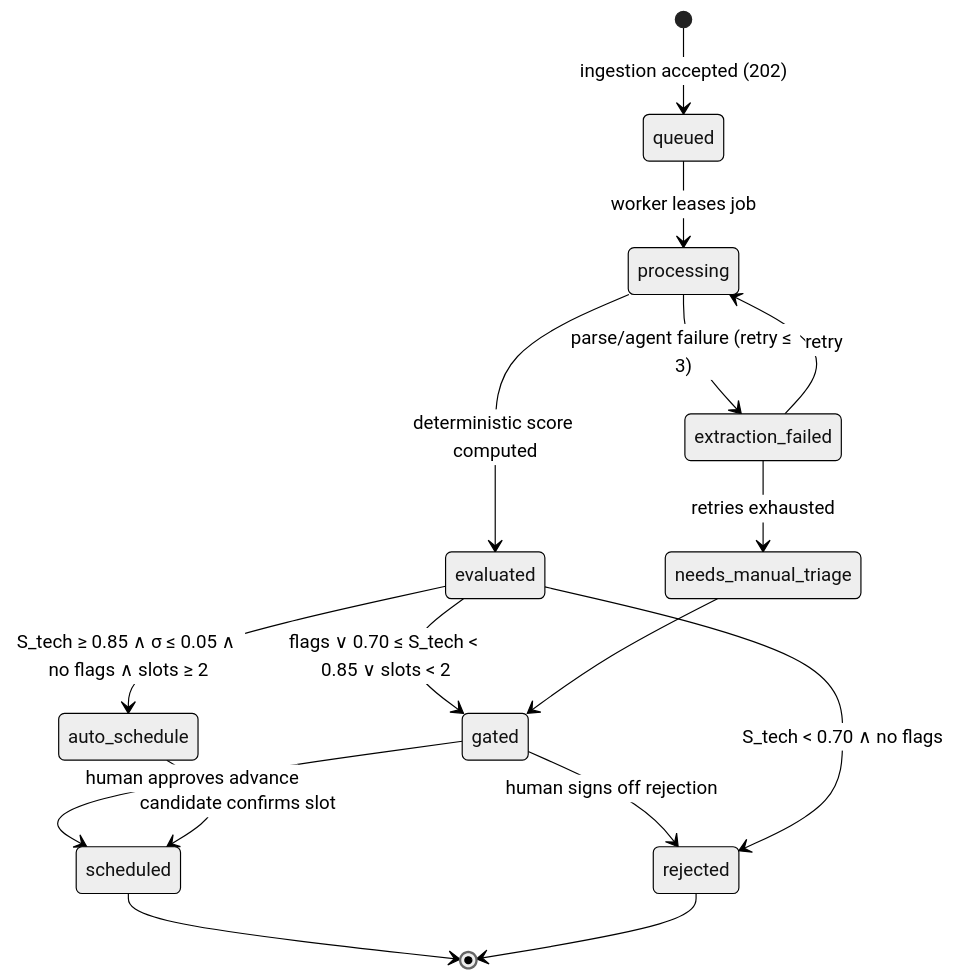
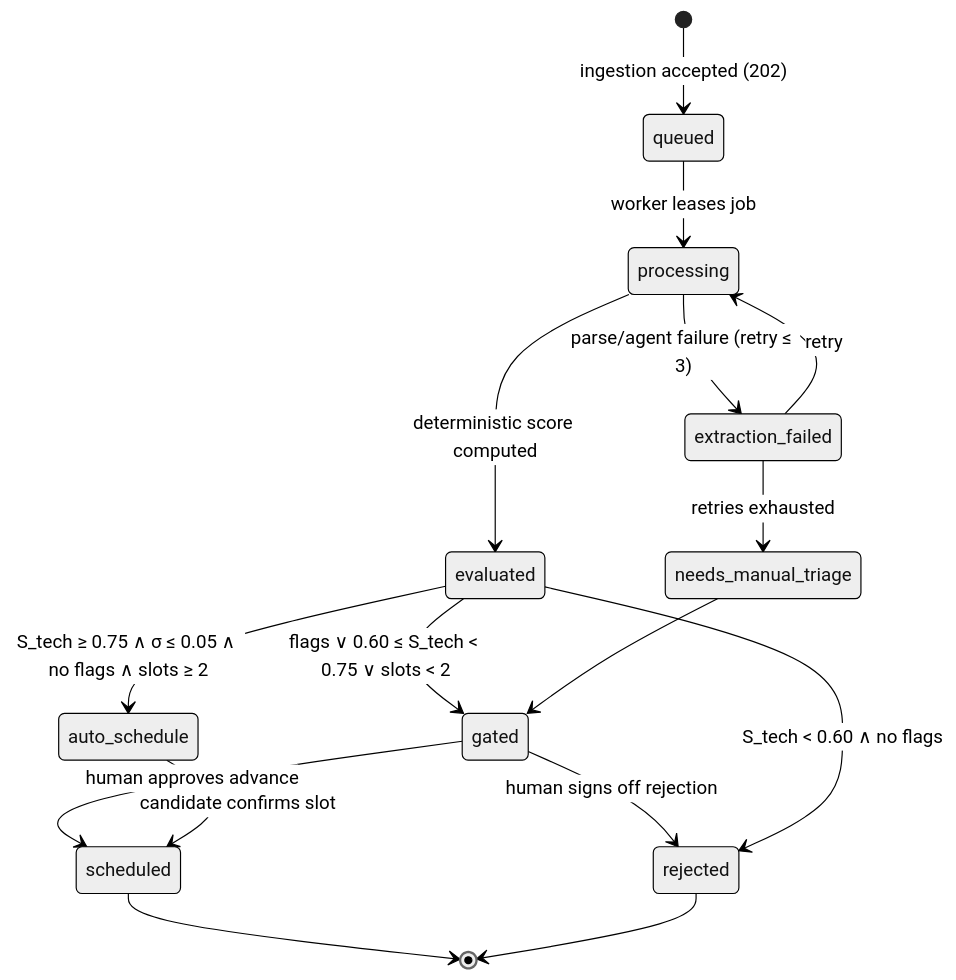
One commit to davinakmalyasha/HRAgents changed the third of 4 diagrams in docs/architecture/system-architecture.md. Above: the diagram before and after it, drawn with Mermaid (neutral theme). The commit also changed other lines of this file and 20 other files, not shown here.

First line of the commit message:
feat(policy): recalibrate the auto-schedule and merit-floor bands

````diff
--- a/docs/architecture/system-architecture.md
+++ b/docs/architecture/system-architecture.md
@@ -145,18 +145,18 @@
 ```mermaid
 stateDiagram-v2
     [*] --> queued: ingestion accepted (202)
     queued --> processing: worker leases job
     processing --> extraction_failed: parse/agent failure (retry ≤ 3)
     extraction_failed --> processing: retry
     extraction_failed --> needs_manual_triage: retries exhausted
     processing --> evaluated: deterministic score computed
-    evaluated --> auto_schedule: S_tech ≥ 0.85 ∧ σ ≤ 0.05 ∧ no flags ∧ slots ≥ 2
-    evaluated --> gated: flags ∨ 0.70 ≤ S_tech < 0.85 ∨ slots < 2
+    evaluated --> auto_schedule: S_tech ≥ 0.75 ∧ σ ≤ 0.05 ∧ no flags ∧ slots ≥ 2
+    evaluated --> gated: flags ∨ 0.60 ≤ S_tech < 0.75 ∨ slots < 2
     gated --> scheduled: human approves advance
     gated --> rejected: human signs off rejection
-    evaluated --> rejected: S_tech < 0.70 ∧ no flags
+    evaluated --> rejected: S_tech < 0.60 ∧ no flags
     auto_schedule --> scheduled: candidate confirms slot
     scheduled --> [*]
     rejected --> [*]
     needs_manual_triage --> gated
 ```
````
